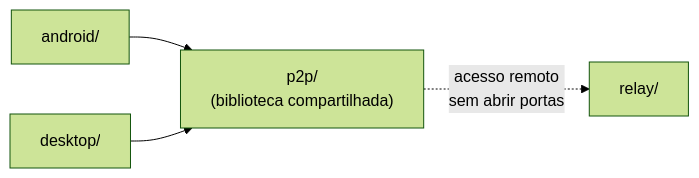
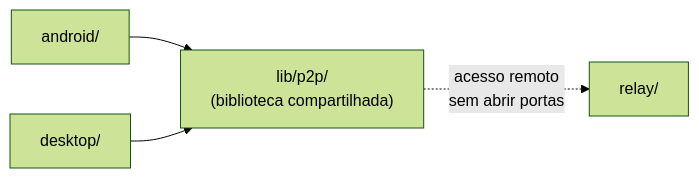
Before and after one commit to Vinicius-Gabriel-P-Leitao/acerola-reader: the diagram in README.md, drawn with Mermaid (forest theme). The commit also changed other lines of this file and 90 other files, not shown here.

````diff
--- a/README.md
+++ b/README.md
@@ -16,6 +16,6 @@
 ```mermaid
 flowchart LR
-    Android["android/"] --> P2P["p2p/\n(biblioteca compartilhada)"]
+    Android["android/"] --> P2P["lib/p2p/\n(biblioteca compartilhada)"]
     Desktop["desktop/"] --> P2P
     P2P -.->|"acesso remoto\nsem abrir portas"| Relay["relay/"]
 ```
````
